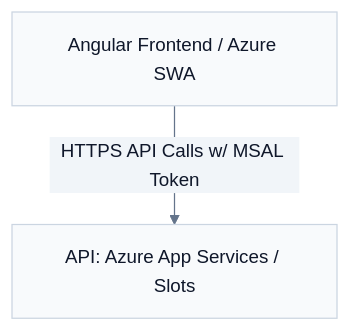
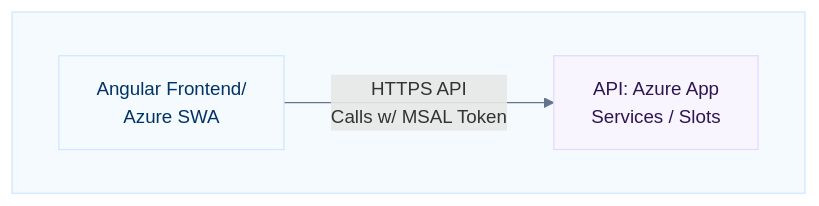
The third of 5 diagrams in presentation.md (acforbes/freight-logistics-architecture), drawn with Mermaid before and after one commit. The commit also changed other lines of this file and 8 other files, not shown here.

Commit message:
docs: presentation mermaid graph styling and config for png saves

````diff
--- a/presentation.md
+++ b/presentation.md
@@ -226,17 +241,28 @@
 ```mermaid
-graph TD
 %%{init: {
-  'theme': 'base',
+  'theme': '',
   'themeVariables': {
     'fontFamily': 'Arial, sans-serif',
     'fontSize': '15px',
     'primaryColor': '#f8fafc',
     'primaryTextColor': '#0f172a',
     'primaryBorderColor': '#cbd5e1',
     'lineColor': '#64748b',
     'secondaryColor': '#f1f5f9',
     'tertiaryColor': '#ffffff'
   }
 }}%%
-    Client[Angular Frontend / Azure SWA] -->|HTTPS API Calls w/ MSAL Token| AppService[API: Azure App Services / Slots]
+graph LR
+    style Container fill:#F5FAFF,stroke:#D0E6FF,color:#003366;
+    style Frontend fill:#F5FAFF,stroke:#D0E6FF,color:#003366;
+    style Backend fill:#F9F5FF,stroke:#E3D8FF,color:#2D1650;
+
+    classDef swa fill:#CFE8FF,stroke:#0078D4,color:#003366;  %% Light Azure blue
+    classDef app fill:#E9D8FD,stroke:#5C2D91,color:#2D1650;  %% Light Azure purple
+
+    subgraph Container[ ]
+      direction LR
+
+      Frontend[Angular Frontend/<br/>Azure SWA]:::swa -->|HTTPS API<br/>Calls w/ MSAL Token| Backend[API: Azure App<br/>Services / Slots]:::app
+    end
 ```
````
